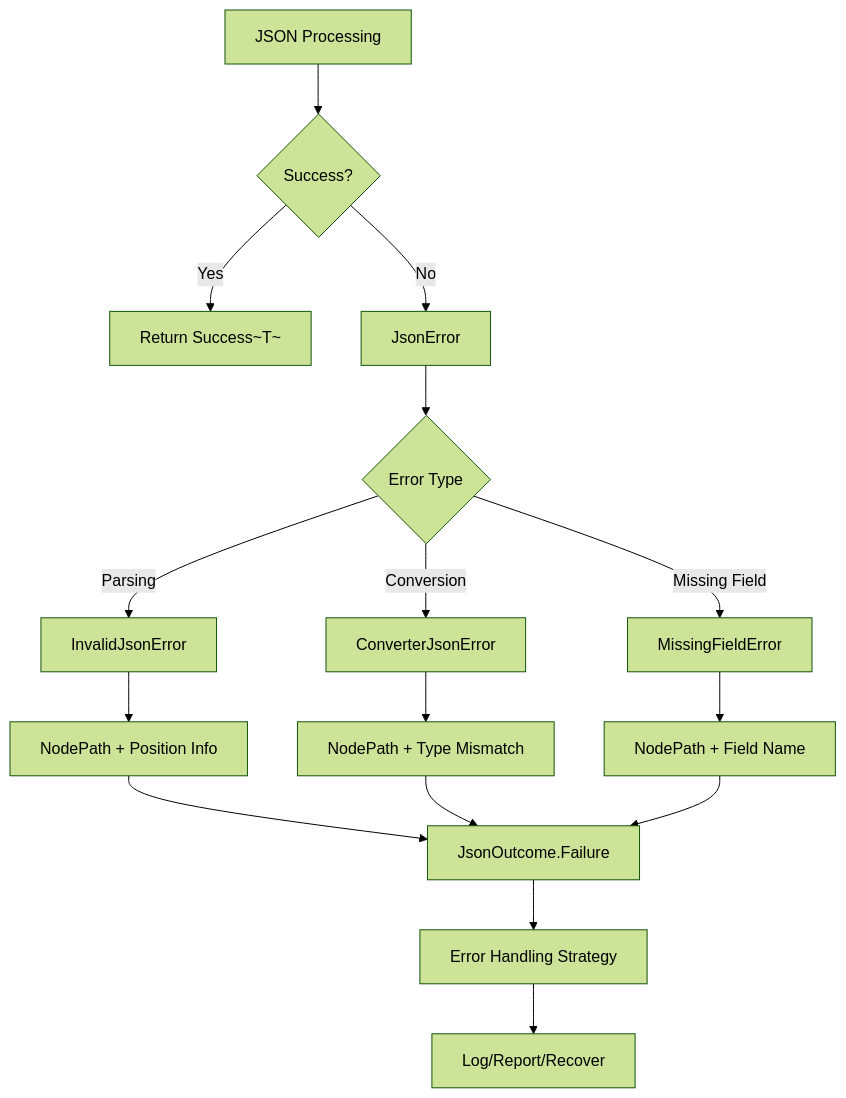
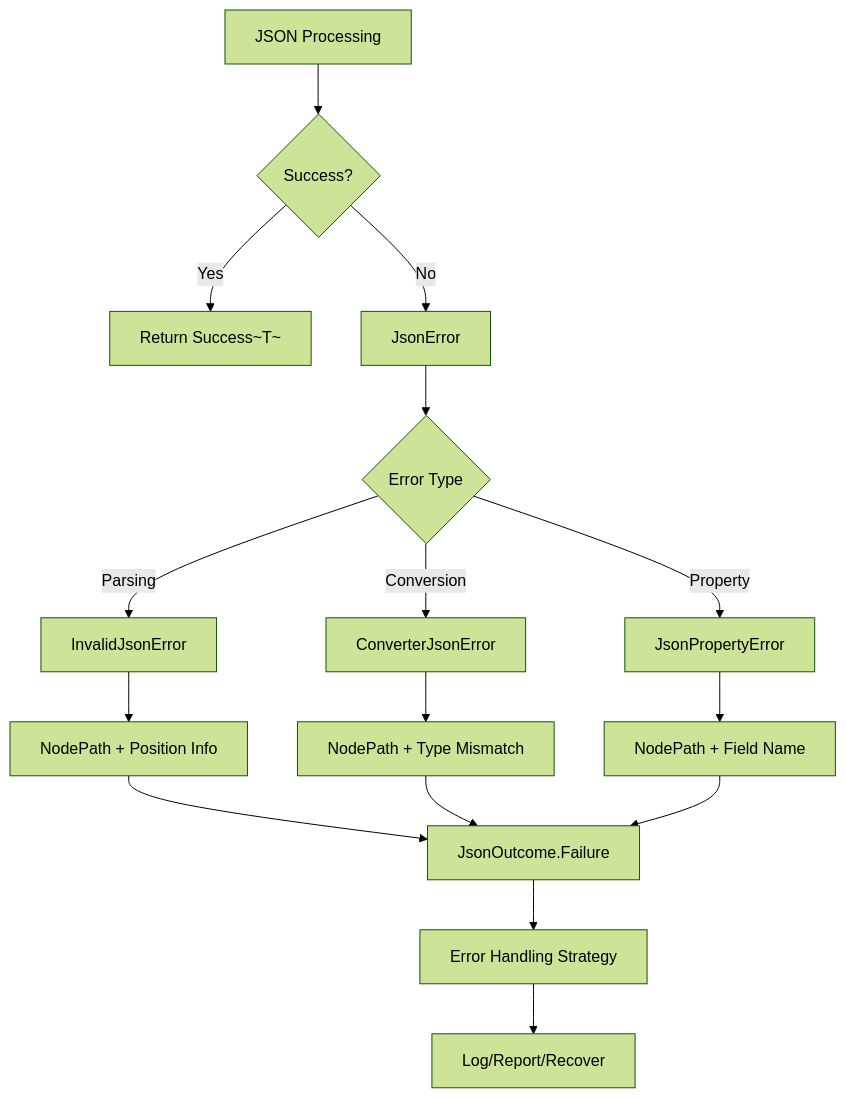
The sixth of 8 diagrams in docs/ARCHITECTURE.md (uberto/kondor-json), drawn with Mermaid (forest theme) before and after one commit. The commit also changed other lines of this file and 12 other files, not shown here.

````diff
--- a/docs/ARCHITECTURE.md
+++ b/docs/ARCHITECTURE.md
@@ -196,22 +213,22 @@
 ```mermaid
 flowchart TD
     A[JSON Processing] --> B{Success?}
     B -->|Yes| C[Return Success~T~]
     B -->|No| D[JsonError]
     
     D --> E{Error Type}
     E -->|Parsing| F[InvalidJsonError]
     E -->|Conversion| G[ConverterJsonError]
-    E -->|Missing Field| H[MissingFieldError]
+    E -->|Property| H[JsonPropertyError]
     
     F --> I[NodePath + Position Info]
     G --> J[NodePath + Type Mismatch]
     H --> K[NodePath + Field Name]
     
     I --> L[JsonOutcome.Failure]
     J --> L
     K --> L
     
     L --> M[Error Handling Strategy]
     M --> N[Log/Report/Recover]
 ```
````
